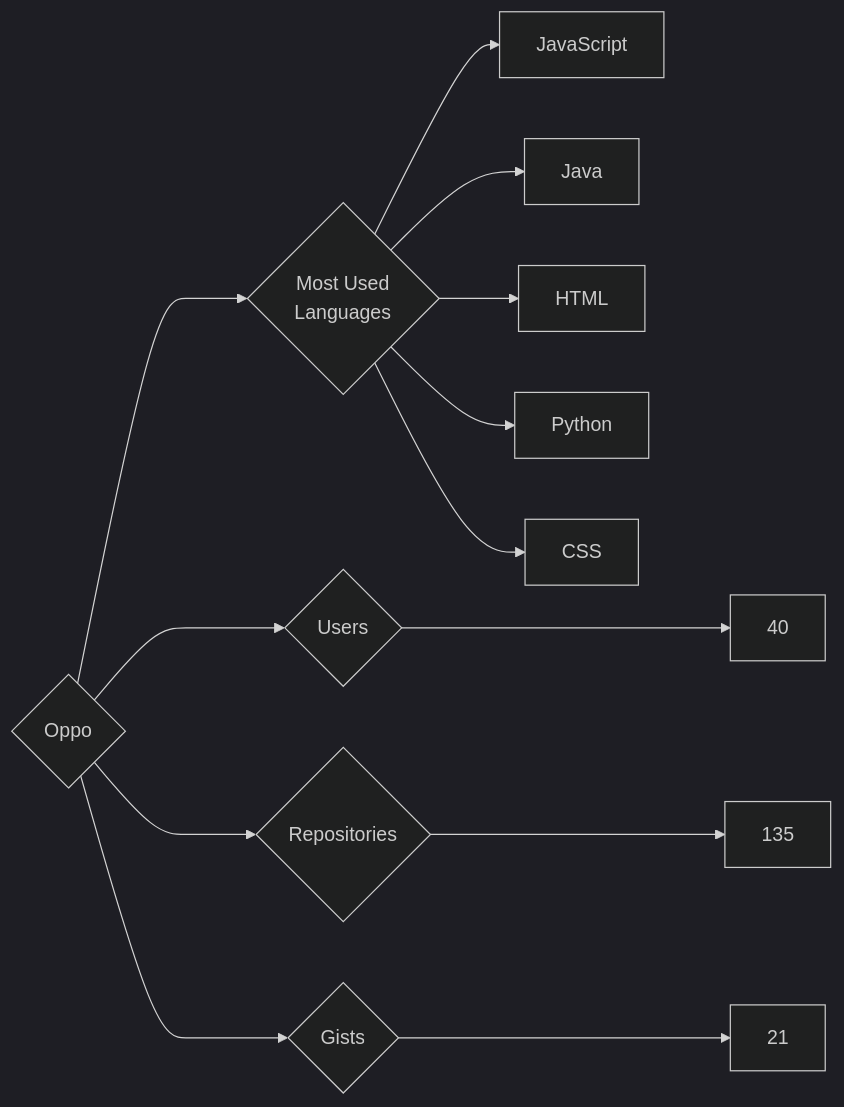
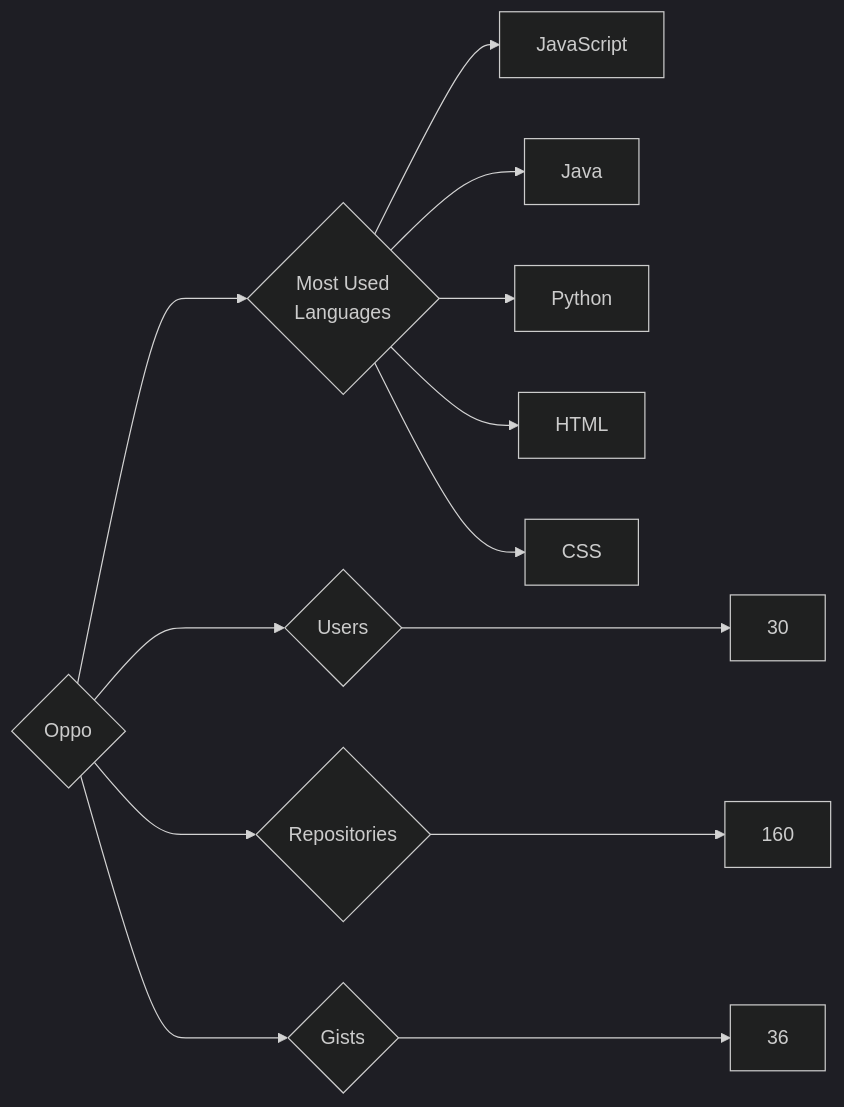
The diagram in targets/Oppo/README.md (trickest/insiders), drawn with Mermaid (dark theme) before and after one commit. The commit also changed 953 other files, not shown here.

````diff
--- a/targets/Oppo/README.md
+++ b/targets/Oppo/README.md
@@ -3,13 +3,13 @@
 ```mermaid
 graph LR
 COMPANY_NAME{Oppo}
-COMPANY_NAME ---> U{Users} ---> UN[40]
-COMPANY_NAME ---> R{Repositories} ---> RN[135]
-COMPANY_NAME ---> G{Gists} ---> GN[21]
+COMPANY_NAME ---> U{Users} ---> UN[30]
+COMPANY_NAME ---> R{Repositories} ---> RN[160]
+COMPANY_NAME ---> G{Gists} ---> GN[36]
 COMPANY_NAME ---> ML{Most Used<br>Languages}
 ML --> JavaScript[JavaScript]
 ML --> Java[Java]
+ML --> Python[Python]
 ML --> HTML[HTML]
-ML --> Python[Python]
 ML --> CSS[CSS]
 ```
````
